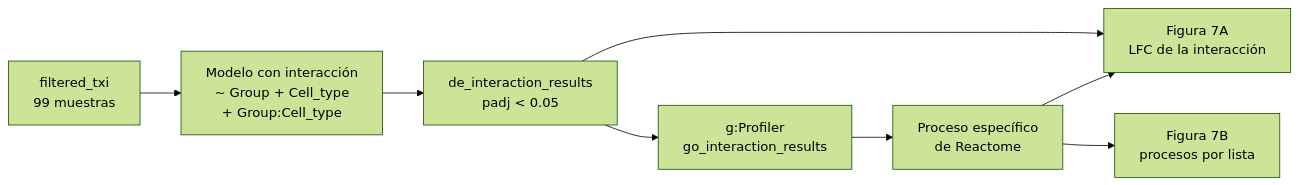
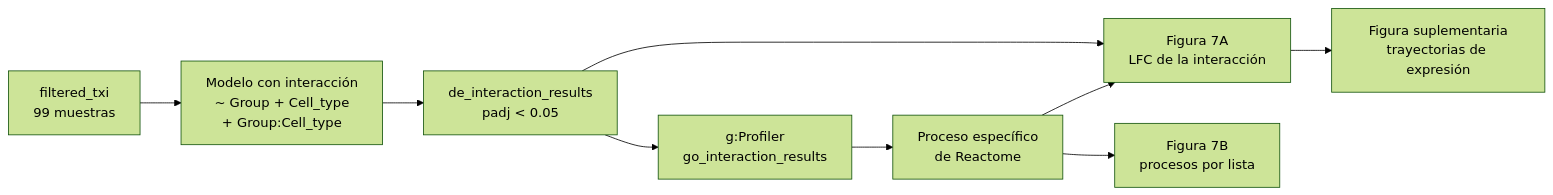
The diagram in pkgdown/articles/l7_DEGs_between_groups_es.md (EveliaCoss/GeneExprLupusMx), drawn with Mermaid (forest theme) before and after one commit. The commit also changed other lines of this file and 149 other files, not shown here.

````diff
--- a/pkgdown/articles/l7_DEGs_between_groups_es.md
+++ b/pkgdown/articles/l7_DEGs_between_groups_es.md
@@ -31,19 +33,21 @@
 ``` mermaid
 
 flowchart LR
   A["filtered_txi
 99 muestras"] --> B["Modelo con interacción
 ~ Group + Cell_type
 + Group:Cell_type"]
   B --> C["de_interaction_results
 padj < 0.05"]
   C --> D["g:Profiler
 go_interaction_results"]
   D --> E["Proceso específico
 de Reactome"]
   C --> F["Figura 7A
 LFC de la interacción"]
   E --> F
   E --> G["Figura 7B
 procesos por lista"]
+  F --> H["Figura suplementaria
+trayectorias de expresión"]
 ```
````
